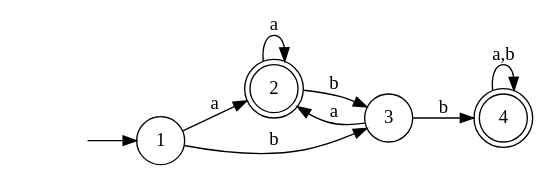
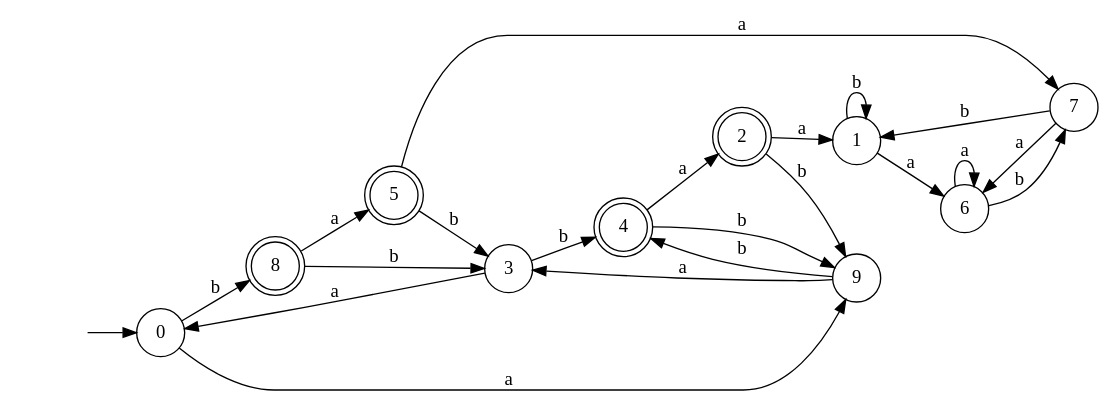
The diagram in src/main/resources/automaton.dot (RomainLvr/AutomatonMinimizer), drawn with Graphviz before and after one commit. The commit also changed 3 other files, not shown here.

```diff
--- a/src/main/resources/automaton.dot
+++ b/src/main/resources/automaton.dot
@@ -1,18 +1,38 @@
 digraph Automate {
-  rankdir=LR;
-  node [shape=circle];
-  start [shape=none, label=""];
-  start -> 1;
-  1 [label="1"];
-  2 [label="2", shape=doublecircle];
-  3 [label="3"];
-  4 [label="4", shape=doublecircle];
+    rankdir=LR;
+    node [shape=circle];
+    start [shape=none, label=""];
+    start -> 0;
+    0  [label="0"];
+    1 [label="1"];
+    2 [label="2", shape=doublecircle];
+    3 [label="3"];
+    4 [label="4", shape=doublecircle];
+    5 [label="5", shape=doublecircle];
+    6 [label="6"];
+    7 [label="7"];
+    8 [label="8", shape=doublecircle];
+    9 [label="9"];
 
-    1 -> 2 [label="a"];
-    1 -> 3 [label="b"];
-    2 -> 2 [label="a"];
-    2 -> 3 [label="b"];
-    3 -> 2 [label="a"];
+    0 -> 9 [label="a"];
+    0 -> 8 [label="b"];
+    9 -> 3 [label="a"];
+    9 -> 4 [label="b"];
+    3 -> 0 [label="a"];
     3 -> 4 [label="b"];
-    4 -> 4 [label="a,b"];
+    8 -> 3 [label="b"];
+    8 -> 5 [label="a"];
+    4 -> 9 [label="b"];
+    4 -> 2 [label="a"];
+    2 -> 1 [label="a"];
+    2 -> 9 [label="b"];
+    5 -> 7 [label="a"];
+    5 -> 3 [label="b"];
+    1 -> 6 [label="a"];
+    1 -> 1 [label="b"];
+    7 -> 6 [label="a"];
+    7 -> 1 [label="b"];
+    6 -> 6 [label="a"];
+    6 -> 7 [label="b"];
+
 }
```
